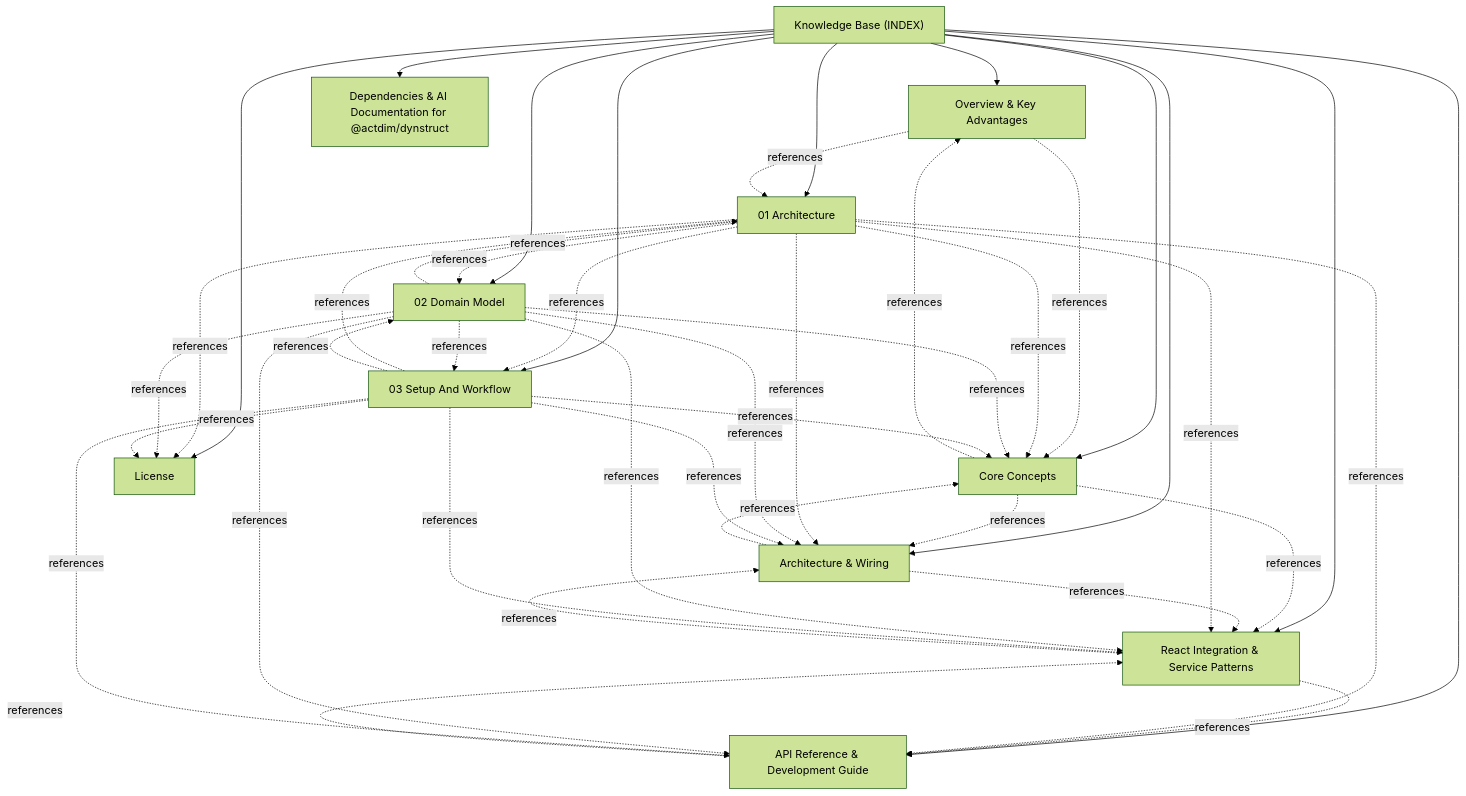
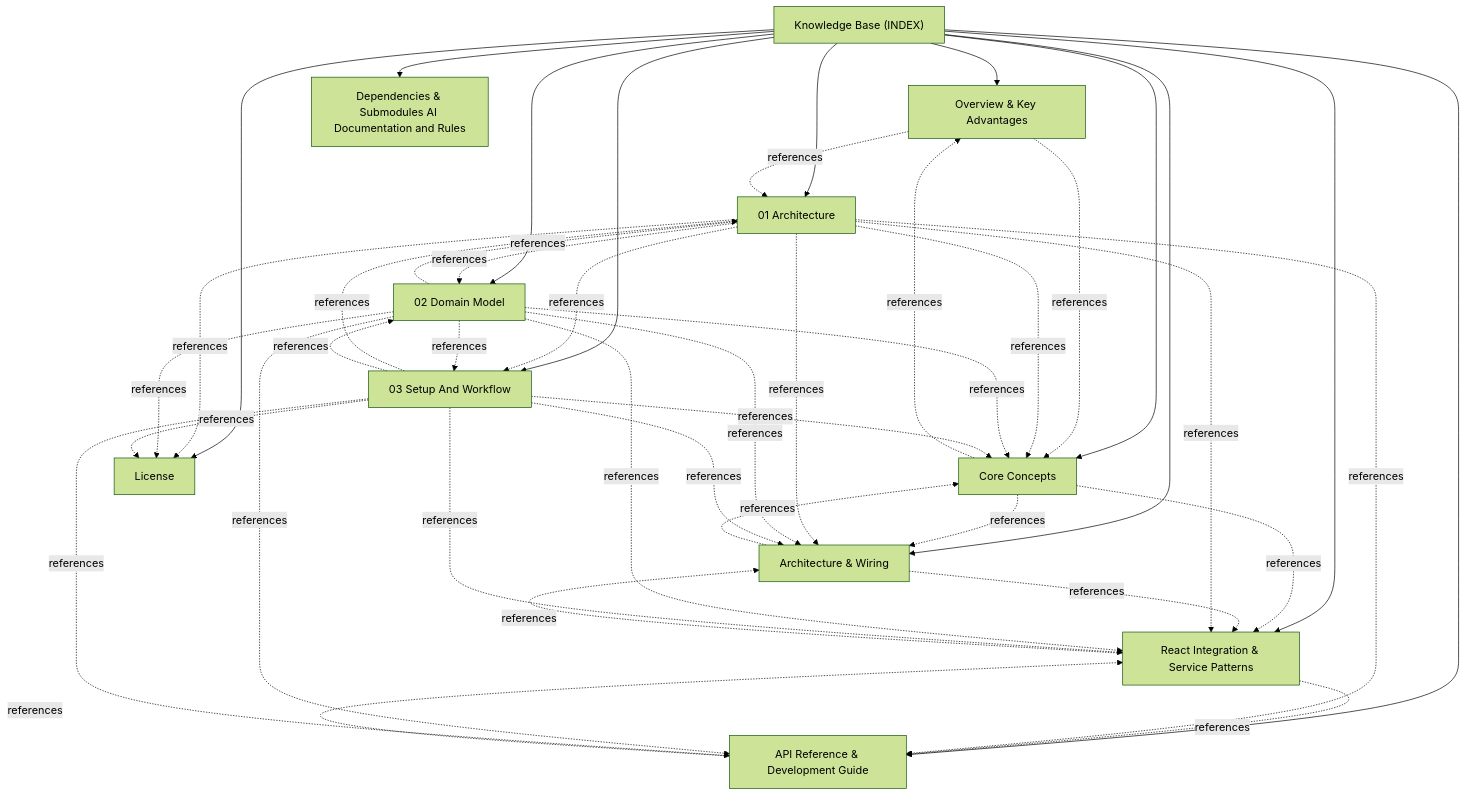
Before and after one commit to actdim/dynstruct: the diagram in docs/INDEX.md, drawn with Mermaid (forest theme). The commit also changed other lines of this file and 3 other files, not shown here.

````diff
--- a/docs/INDEX.md
+++ b/docs/INDEX.md
@@ -17,55 +17,55 @@
 ```mermaid
 flowchart TD
     INDEX["Knowledge Base (INDEX)"]
     T_01_OVERVIEW_AND_ADVANTAGES["Overview & Key Advantages"]
     INDEX --> T_01_OVERVIEW_AND_ADVANTAGES
     T_02_CORE_CONCEPTS["Core Concepts"]
     INDEX --> T_02_CORE_CONCEPTS
     T_03__ARCHITECTURE____ARCHITECTURE_MD__AND_WIRING["Architecture & Wiring"]
     INDEX --> T_03__ARCHITECTURE____ARCHITECTURE_MD__AND_WIRING
     T_04_REACT_INTEGRATION["React Integration & Service Patterns"]
     INDEX --> T_04_REACT_INTEGRATION
     T_05_API_REFERENCE["API Reference & Development Guide"]
     INDEX --> T_05_API_REFERENCE
     T_ARCHITECTURE["01 Architecture"]
     INDEX --> T_ARCHITECTURE
-    T_DEPENDENCIES["Dependencies & AI Documentation for @actdim/dynstruct"]
+    T_DEPENDENCIES["Dependencies & Submodules AI Documentation and Rules"]
     INDEX --> T_DEPENDENCIES
     T_DOMAIN_MODEL["02 Domain Model"]
     INDEX --> T_DOMAIN_MODEL
     T_LICENSE["License"]
     INDEX --> T_LICENSE
     T_SETUP_AND_WORKFLOW["03 Setup And Workflow"]
     INDEX --> T_SETUP_AND_WORKFLOW
     T_01_OVERVIEW_AND_ADVANTAGES -.->|references| T_02_CORE_CONCEPTS
     T_01_OVERVIEW_AND_ADVANTAGES -.->|references| T_ARCHITECTURE
     T_02_CORE_CONCEPTS -.->|references| T_01_OVERVIEW_AND_ADVANTAGES
     T_02_CORE_CONCEPTS -.->|references| T_03__ARCHITECTURE____ARCHITECTURE_MD__AND_WIRING
     T_02_CORE_CONCEPTS -.->|references| T_04_REACT_INTEGRATION
     T_03__ARCHITECTURE____ARCHITECTURE_MD__AND_WIRING -.->|references| T_02_CORE_CONCEPTS
     T_03__ARCHITECTURE____ARCHITECTURE_MD__AND_WIRING -.->|references| T_04_REACT_INTEGRATION
     T_04_REACT_INTEGRATION -.->|references| T_03__ARCHITECTURE____ARCHITECTURE_MD__AND_WIRING
     T_04_REACT_INTEGRATION -.->|references| T_05_API_REFERENCE
     T_05_API_REFERENCE -.->|references| T_04_REACT_INTEGRATION
     T_ARCHITECTURE -.->|references| T_02_CORE_CONCEPTS
     T_ARCHITECTURE -.->|references| T_03__ARCHITECTURE____ARCHITECTURE_MD__AND_WIRING
     T_ARCHITECTURE -.->|references| T_04_REACT_INTEGRATION
     T_ARCHITECTURE -.->|references| T_05_API_REFERENCE
     T_ARCHITECTURE -.->|references| T_DOMAIN_MODEL
     T_ARCHITECTURE -.->|references| T_SETUP_AND_WORKFLOW
     T_ARCHITECTURE -.->|references| T_LICENSE
     T_DOMAIN_MODEL -.->|references| T_ARCHITECTURE
     T_DOMAIN_MODEL -.->|references| T_02_CORE_CONCEPTS
     T_DOMAIN_MODEL -.->|references| T_03__ARCHITECTURE____ARCHITECTURE_MD__AND_WIRING
     T_DOMAIN_MODEL -.->|references| T_04_REACT_INTEGRATION
     T_DOMAIN_MODEL -.->|references| T_05_API_REFERENCE
     T_DOMAIN_MODEL -.->|references| T_SETUP_AND_WORKFLOW
     T_DOMAIN_MODEL -.->|references| T_LICENSE
     T_SETUP_AND_WORKFLOW -.->|references| T_ARCHITECTURE
     T_SETUP_AND_WORKFLOW -.->|references| T_DOMAIN_MODEL
     T_SETUP_AND_WORKFLOW -.->|references| T_02_CORE_CONCEPTS
     T_SETUP_AND_WORKFLOW -.->|references| T_03__ARCHITECTURE____ARCHITECTURE_MD__AND_WIRING
     T_SETUP_AND_WORKFLOW -.->|references| T_04_REACT_INTEGRATION
     T_SETUP_AND_WORKFLOW -.->|references| T_05_API_REFERENCE
     T_SETUP_AND_WORKFLOW -.->|references| T_LICENSE
 ```
````
